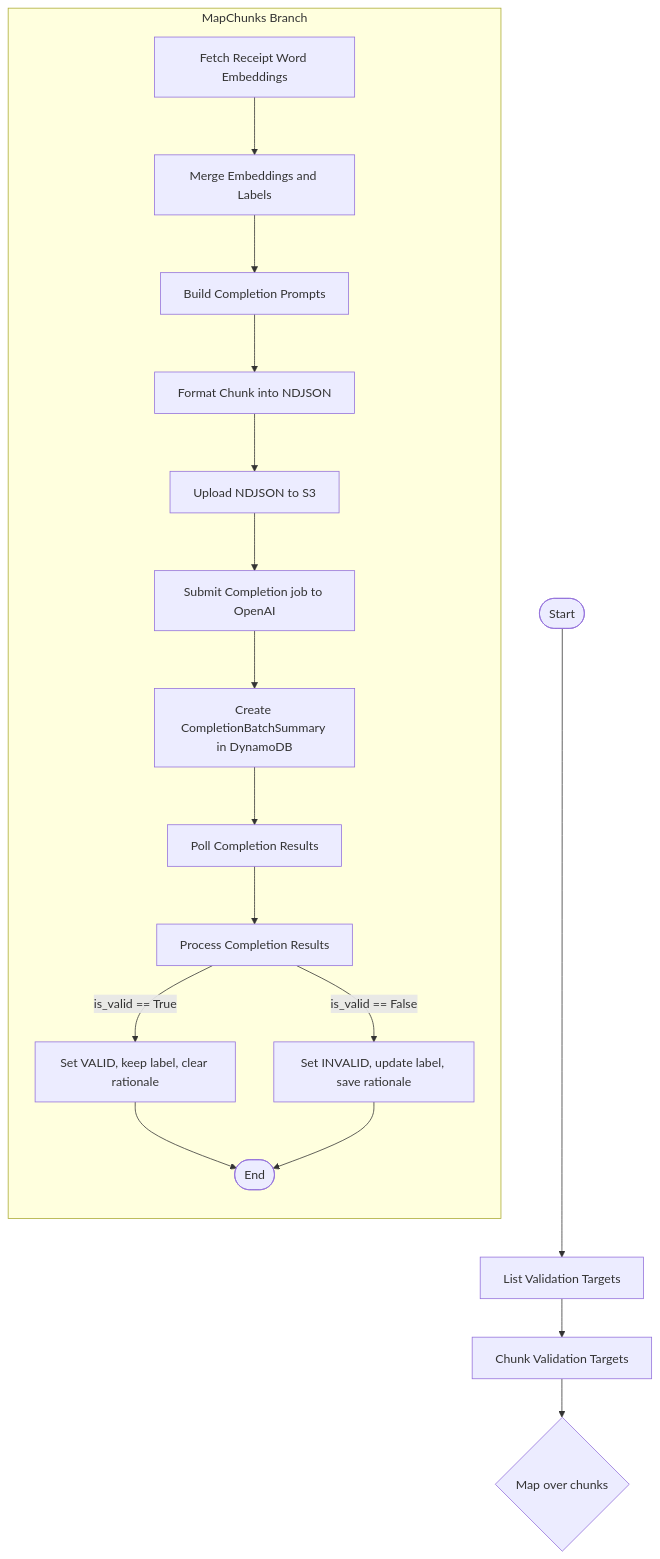
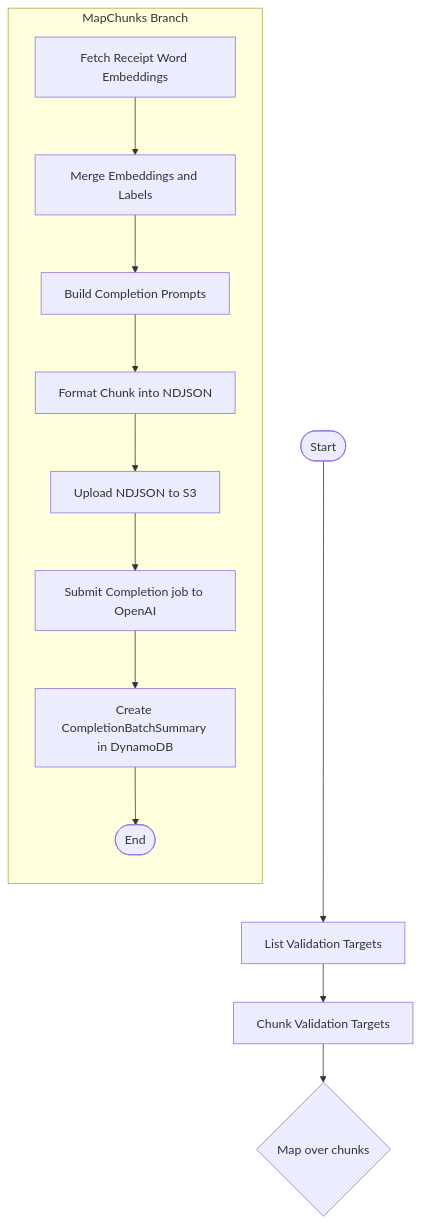
The diagram in receipt_label/receipt_label/submit_completion_batch/README.md (tnorlund/Portfolio), drawn with Mermaid before and after one commit. The commit also changed other lines of this file, not shown here.

````diff
--- a/receipt_label/receipt_label/submit_completion_batch/README.md
+++ b/receipt_label/receipt_label/submit_completion_batch/README.md
@@ -78,22 +63,17 @@
 ```mermaid
 flowchart TB
     Start([Start]) --> ListValidationTargets["List Validation Targets"]
     ListValidationTargets --> ChunkTargets["Chunk Validation Targets"]
     ChunkTargets --> MapChunks{"Map over chunks"}
 
     subgraph MapChunks Branch
         direction TB
         FetchEmbeddings["Fetch Receipt Word Embeddings"] --> JoinEmbeddingsAndLabels["Merge Embeddings and Labels"]
         JoinEmbeddingsAndLabels --> BuildPrompts["Build Completion Prompts"]
         BuildPrompts --> FormatChunk["Format Chunk into NDJSON"]
         FormatChunk --> UploadChunk["Upload NDJSON to S3"]
         UploadChunk --> SubmitCompletionJob["Submit Completion job to OpenAI"]
         SubmitCompletionJob --> CreateCompletionBatchSummary["Create CompletionBatchSummary in DynamoDB"]
-        CreateCompletionBatchSummary --> PollResults["Poll Completion Results"]
-        PollResults --> ProcessResults["Process Completion Results"]
-        ProcessResults -->|is_valid == True| SetValid["Set VALID, keep label, clear rationale"]
-        ProcessResults -->|is_valid == False| SetInvalid["Set INVALID, update label, save rationale"]
-        SetValid --> End([End])
-        SetInvalid --> End
+        CreateCompletionBatchSummary --> End([End])
     end
 ```
````
